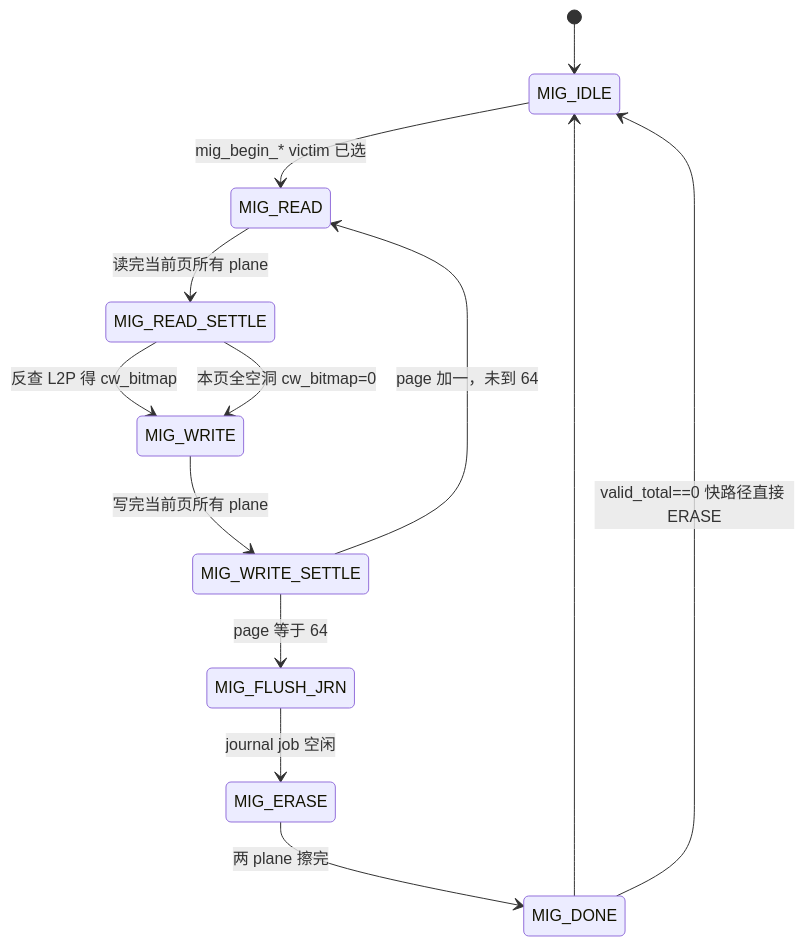
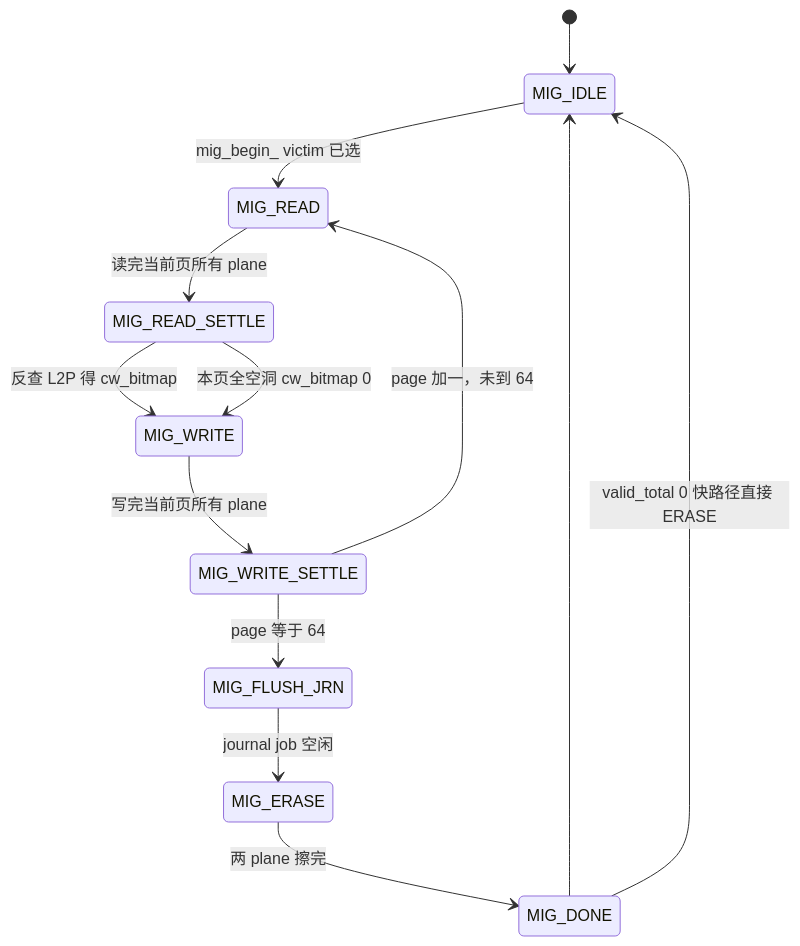
Before and after one commit to YzYMIAO/BASESSD: diagram 17 of 28 in docs/design/ftl_design.md, drawn with Mermaid. The commit also changed other lines of this file, not shown here.

First line of the commit message:
docs(ftl): 恢复 <br/>、清理 stateDiagram 标签

````diff
--- a/docs/design/ftl_design.md
+++ b/docs/design/ftl_design.md
@@ -2496,15 +2496,15 @@
 ```mermaid
 stateDiagram-v2
     [*] --> MIG_IDLE
-    MIG_IDLE --> MIG_READ: mig_begin_* victim 已选
+    MIG_IDLE --> MIG_READ: mig_begin_ victim 已选
     MIG_READ --> MIG_READ_SETTLE: 读完当前页所有 plane
     MIG_READ_SETTLE --> MIG_WRITE: 反查 L2P 得 cw_bitmap
-    MIG_READ_SETTLE --> MIG_WRITE: 本页全空洞 cw_bitmap=0
+    MIG_READ_SETTLE --> MIG_WRITE: 本页全空洞 cw_bitmap 0
     MIG_WRITE --> MIG_WRITE_SETTLE: 写完当前页所有 plane
     MIG_WRITE_SETTLE --> MIG_READ: page 加一，未到 64
     MIG_WRITE_SETTLE --> MIG_FLUSH_JRN: page 等于 64
     MIG_FLUSH_JRN --> MIG_ERASE: journal job 空闲
     MIG_ERASE --> MIG_DONE: 两 plane 擦完
     MIG_DONE --> MIG_IDLE
-    MIG_DONE --> MIG_IDLE: valid_total==0 快路径直接 ERASE
+    MIG_DONE --> MIG_IDLE: valid_total 0 快路径直接 ERASE
 ```
````
